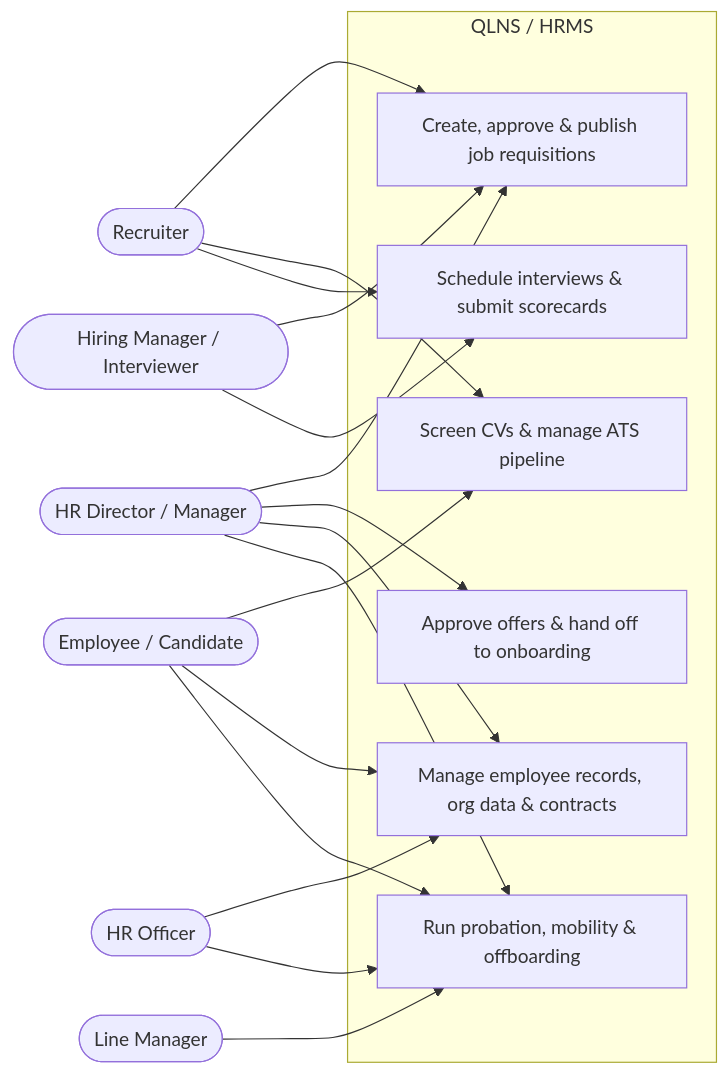
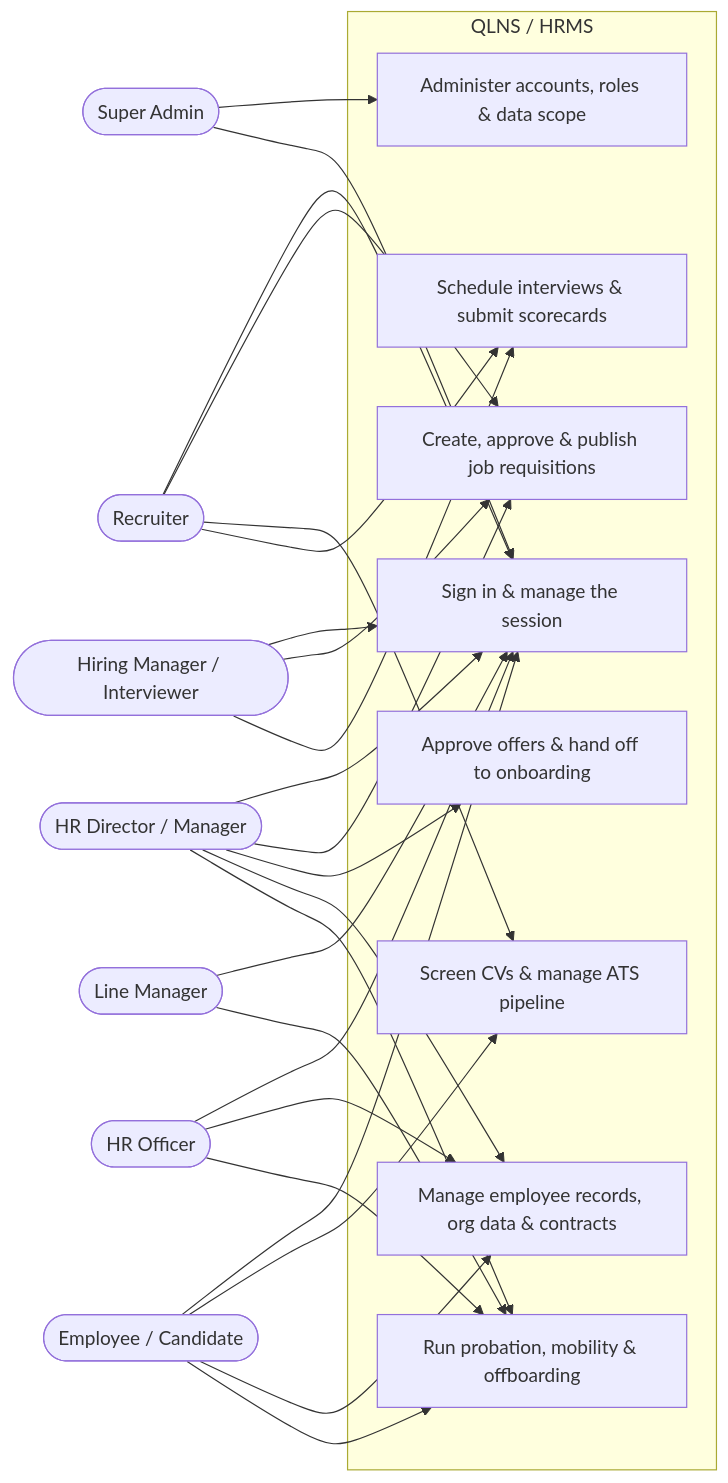
The first of 6 diagrams in docs/use_cases.md (nvdat16/QLNS), drawn with Mermaid before and after one commit. The commit also changed other lines of this file and 14 other files, not shown here.

Commit message:
feat: implement in-house identity, authentication, and user management modules

````diff
--- a/docs/use_cases.md
+++ b/docs/use_cases.md
@@ -18,34 +18,46 @@
 ```mermaid
 flowchart LR
     HRMgr([HR Director / Manager])
     Recruiter([Recruiter])
     Interviewer([Hiring Manager / Interviewer])
     HROfficer([HR Officer])
     LineMgr([Line Manager])
     User([Employee / Candidate])
+    Admin([Super Admin])
 
     subgraph HRMS["QLNS / HRMS"]
+        Identity[Sign in & manage the session]
+        Accounts[Administer accounts, roles & data scope]
         Jobs[Create, approve & publish job requisitions]
         ATS[Screen CVs & manage ATS pipeline]
         Interviews[Schedule interviews & submit scorecards]
         Offers[Approve offers & hand off to onboarding]
         Records[Manage employee records, org data & contracts]
         Lifecycle[Run probation, mobility & offboarding]
     end
+
+    Admin --> Accounts
+    Admin --> Identity
+    HRMgr --> Identity
+    Recruiter --> Identity
+    Interviewer --> Identity
+    HROfficer --> Identity
+    LineMgr --> Identity
+    User --> Identity
 
     Recruiter --> Jobs
     Recruiter --> ATS
     Recruiter --> Interviews
     Interviewer --> Jobs
     Interviewer --> Interviews
     HRMgr --> Jobs
     HRMgr --> Offers
     HRMgr --> Records
     HRMgr --> Lifecycle
     HROfficer --> Records
     HROfficer --> Lifecycle
     LineMgr --> Lifecycle
     User --> ATS
     User --> Records
     User --> Lifecycle
 ```
````
